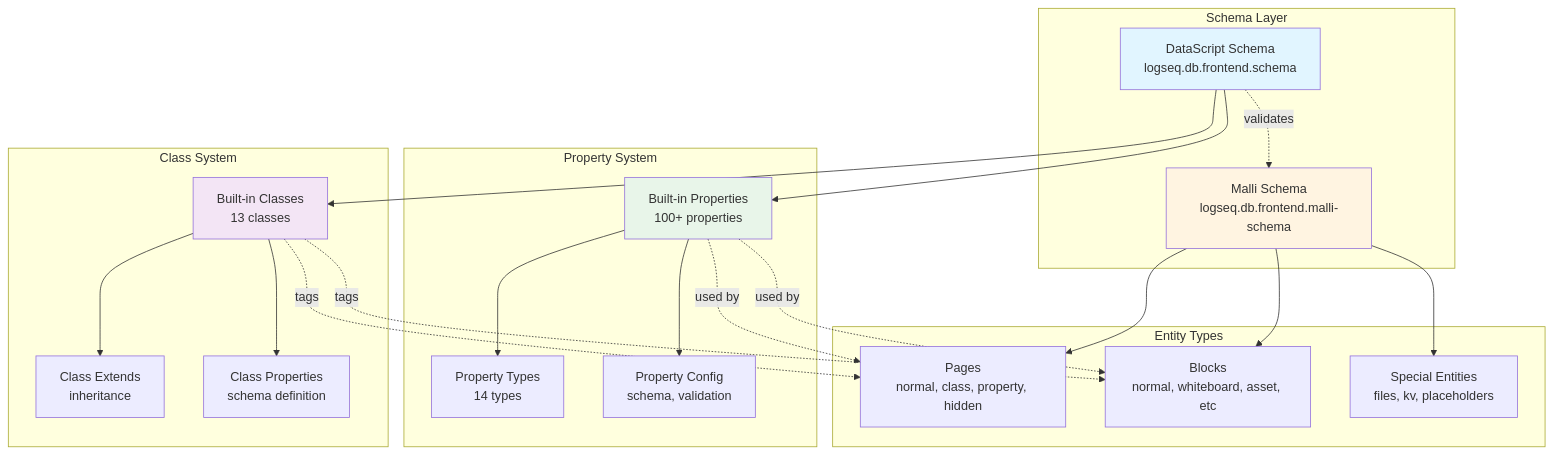
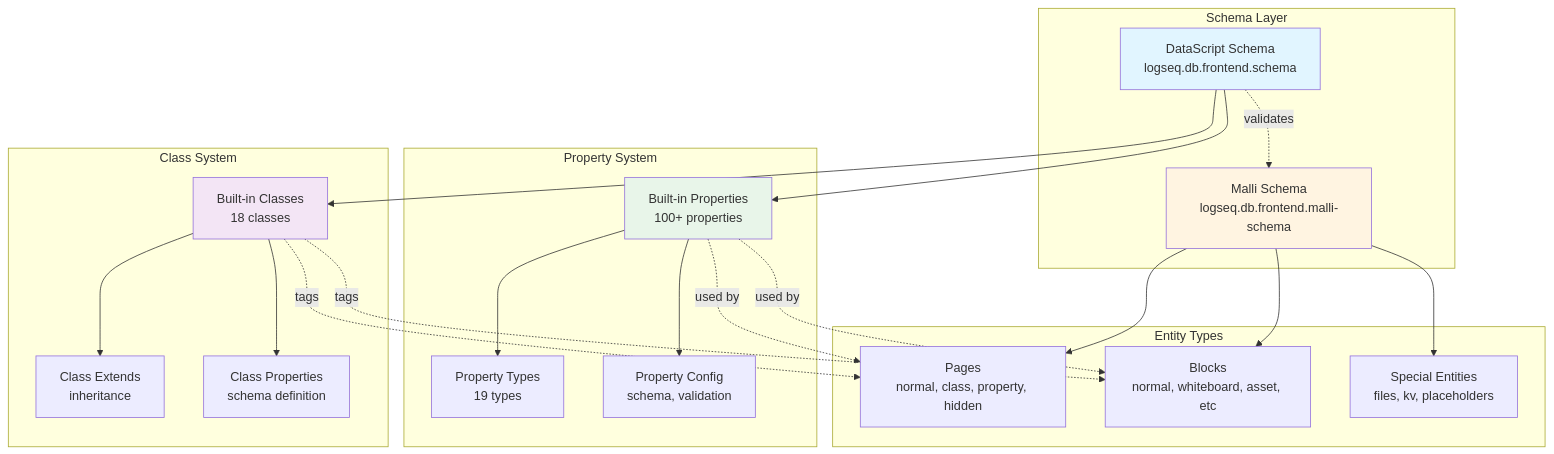
The first of 8 diagrams in dz/docs/03-features/database-graphs/schema-guide.md (hdansou/logseq), drawn with Mermaid before and after one commit. The commit also changed other lines of this file and 140 other files, not shown here.

````diff
--- a/dz/docs/03-features/database-graphs/schema-guide.md
+++ b/dz/docs/03-features/database-graphs/schema-guide.md
@@ -93,45 +93,45 @@
 ```mermaid
 graph TB
     subgraph "Schema Layer"
         DS[DataScript Schema<br/>logseq.db.frontend.schema]
         MS[Malli Schema<br/>logseq.db.frontend.malli-schema]
         DS -.validates.-> MS
     end
 
     subgraph "Property System"
         BP[Built-in Properties<br/>100+ properties]
-        PT[Property Types<br/>14 types]
+        PT[Property Types<br/>19 types]
         PC[Property Config<br/>schema, validation]
         BP --> PT
         BP --> PC
     end
 
     subgraph "Class System"
-        BC[Built-in Classes<br/>13 classes]
+        BC[Built-in Classes<br/>18 classes]
         CE[Class Extends<br/>inheritance]
         CP[Class Properties<br/>schema definition]
         BC --> CE
         BC --> CP
     end
 
     subgraph "Entity Types"
         Pages[Pages<br/>normal, class, property, hidden]
         Blocks[Blocks<br/>normal, whiteboard, asset, etc]
         Special[Special Entities<br/>files, kv, placeholders]
     end
 
     DS --> BP
     DS --> BC
     MS --> Pages
     MS --> Blocks
     MS --> Special
     BP -.used by.-> Pages
     BP -.used by.-> Blocks
     BC -.tags.-> Pages
     BC -.tags.-> Blocks
 
     style DS fill:#e1f5ff
     style MS fill:#fff4e1
     style BP fill:#e8f5e9
     style BC fill:#f3e5f5
 ```
````
